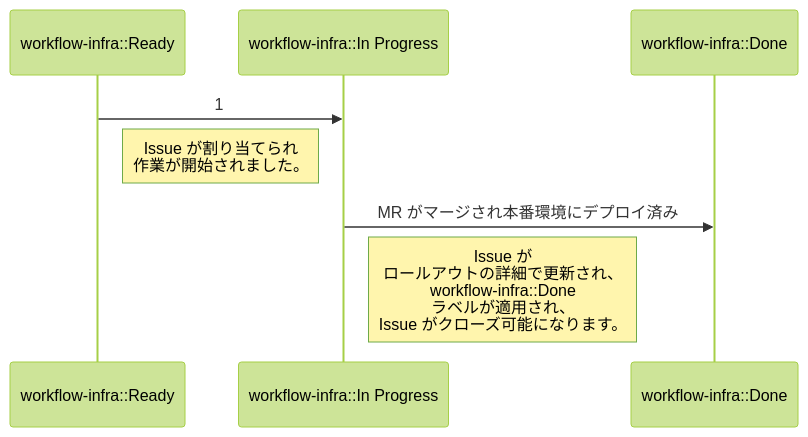
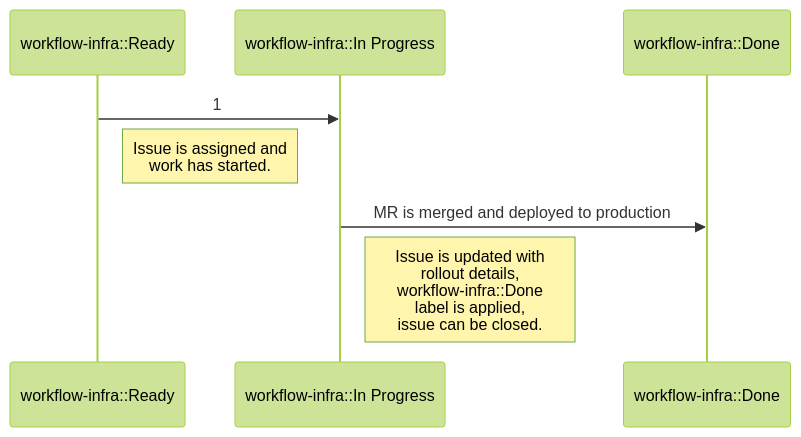
One commit to kyama0/gitlab-handbook-ja changed the diagram in content/handbook/engineering/infrastructure-platforms/gitlab-delivery/delivery/_index.md. Above: the diagram before and after it, drawn with Mermaid (forest theme). The commit also changed other lines of this file and 10 other files, not shown here.

````diff
--- a/content/handbook/engineering/infrastructure-platforms/gitlab-delivery/delivery/_index.md
+++ b/content/handbook/engineering/infrastructure-platforms/gitlab-delivery/delivery/_index.md
@@ -246,10 +250,10 @@
 ```mermaid
 sequenceDiagram
   participant ready as workflow-infra::Ready
   participant progress as workflow-infra::In Progress
   participant done as workflow-infra::Done
         ready ->> progress: 1
-Note right of ready: Issue が割り当てられ<br/> 作業が開始されました。
-    progress ->> done: MR がマージされ本番環境にデプロイ済み
-Note right of progress: Issue が<br/>ロールアウトの詳細で更新され、<br/> workflow-infra::Done<br/> ラベルが適用され、<br/> Issue がクローズ可能になります。
+Note right of ready: Issue is assigned and<br/> work has started.
+    progress ->> done: MR is merged and deployed to production
+Note right of progress: Issue is updated with<br/>rollout details,<br/> workflow-infra::Done<br/> label is applied,<br/> issue can be closed.
 ```
````
